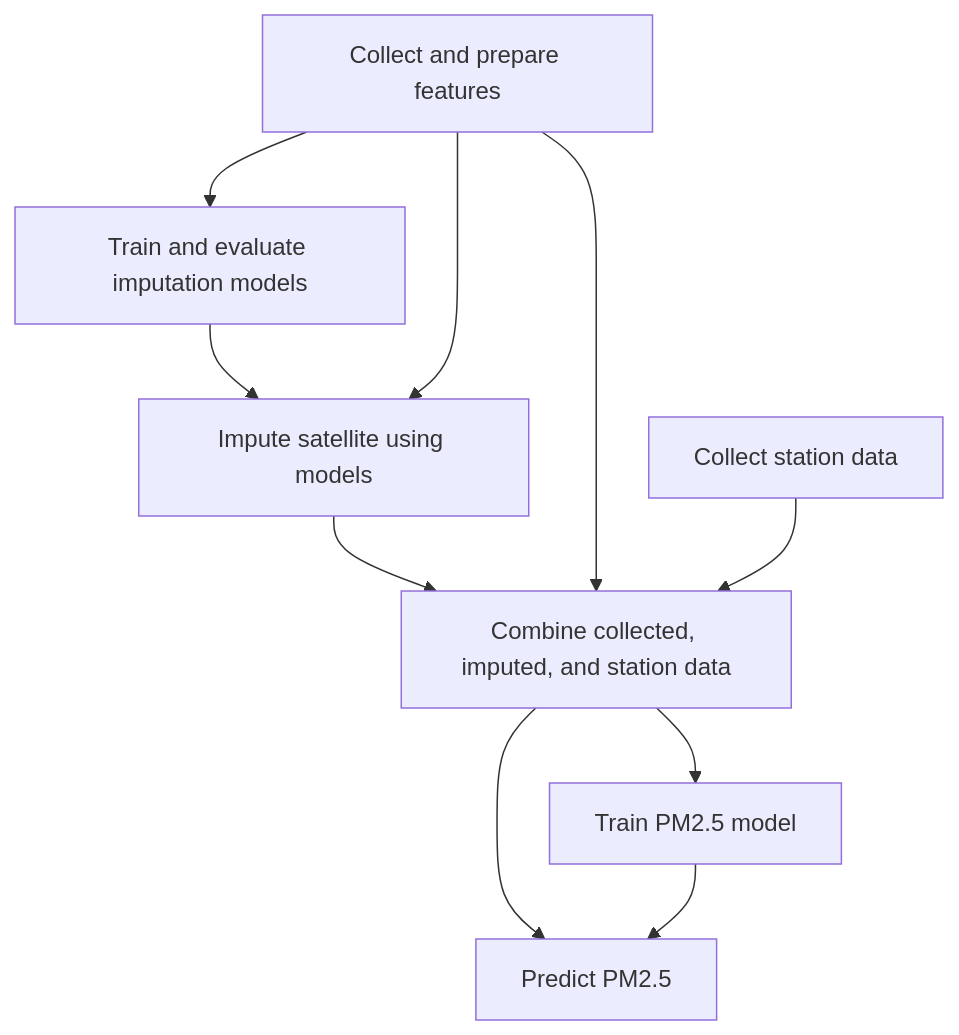
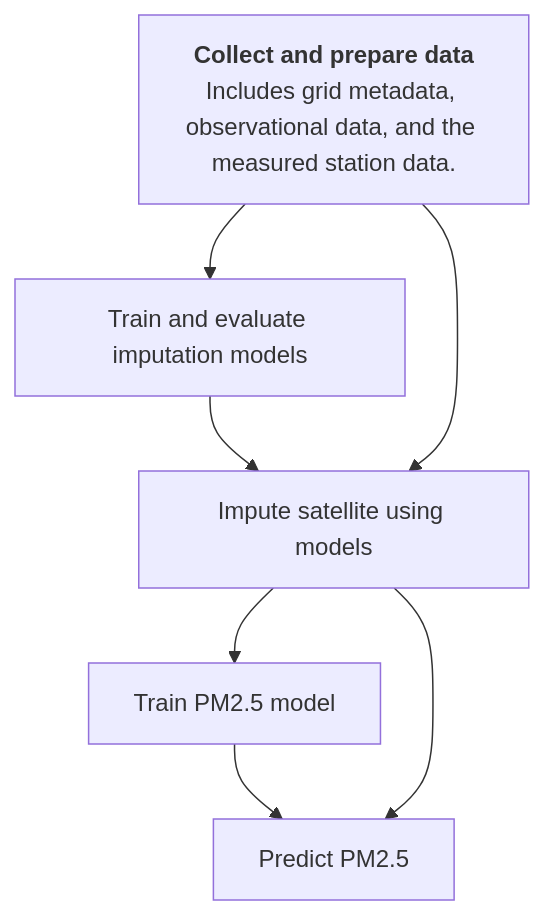
One commit to energyandcleanair/india_map changed the first of 5 diagrams in README.md. Above: the diagram before and after it, drawn with Mermaid. The commit also changed other lines of this file, not shown here.

````diff
--- a/README.md
+++ b/README.md
@@ -113,27 +176,23 @@
 ```mermaid
 %%{init: {"flowchart": {"htmlLabels": false}} }%%
 flowchart TB
-  collect_station_data["Collect station data"]
-  collect_features["Collect and prepare features"]
+  train_pm25_model["Train PM2.5 model"]
+  collect_features["`
+    **Collect and prepare data**
+    Includes grid metadata, observational data, and the measured station data.
+  `"]
   impute_satellite["Impute satellite using models"]
   train_imputation_models["Train and evaluate imputation models"]
-  train_pm25_model["Train PM2.5 model"]
   predict_pm25["Predict PM2.5"]
-  recombine_datasets["Combine collected, imputed, and station data"]
 
   train_imputation_models --> impute_satellite
 
   collect_features --> impute_satellite
   collect_features --> train_imputation_models
+  
+  impute_satellite --> train_pm25_model
+  train_pm25_model --> predict_pm25
+  impute_satellite --> predict_pm25
 
-  impute_satellite --> recombine_datasets
-  
-  recombine_datasets --> train_pm25_model
-  recombine_datasets --> predict_pm25
-
-  collect_features --> recombine_datasets
-  collect_station_data --> recombine_datasets
-
-  train_pm25_model --> predict_pm25
 
 ```
````
